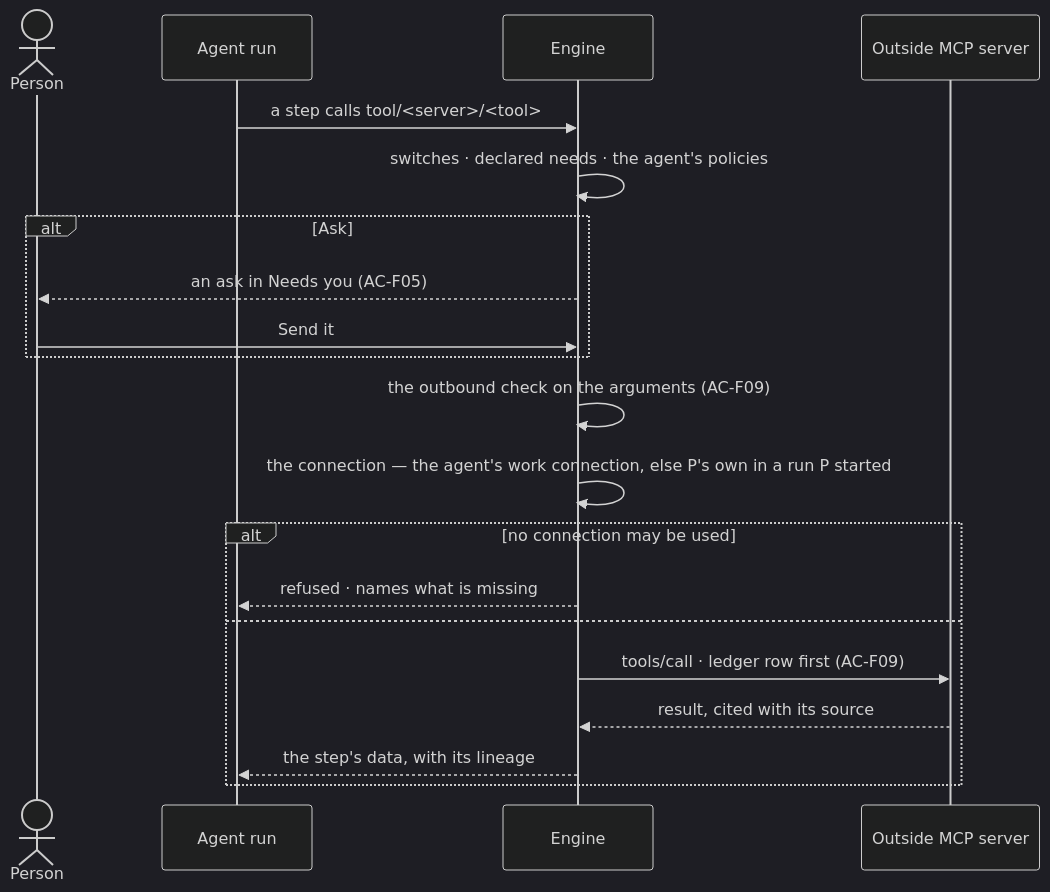
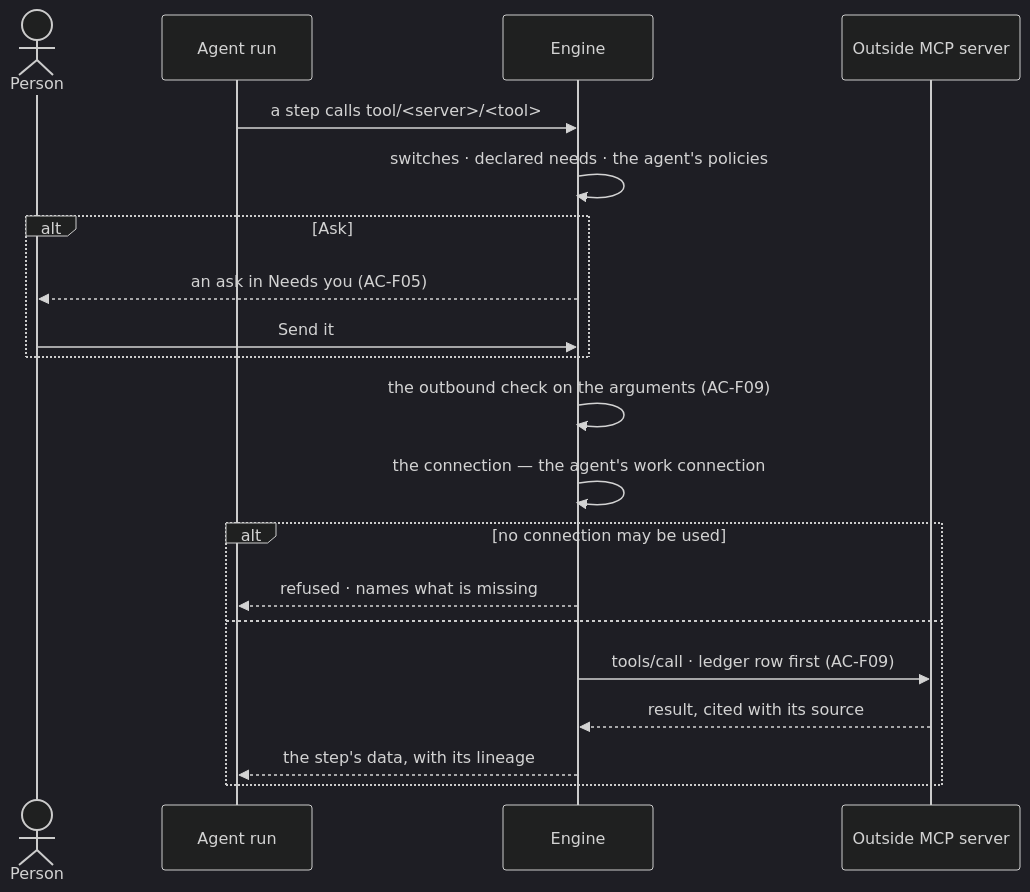
Before and after one commit to invana/invana: the second of 2 diagrams in specs/os/control/features/CP-F02-plugins-and-outside-tools/feature.md, drawn with Mermaid (dark theme). The commit also changed other lines of this file and 5 other files, not shown here.

````diff
--- a/specs/os/control/features/CP-F02-plugins-and-outside-tools/feature.md
+++ b/specs/os/control/features/CP-F02-plugins-and-outside-tools/feature.md
@@ -79,22 +79,22 @@
 ```mermaid
 sequenceDiagram
   actor P as Person
   participant A as Agent run
   participant E as Engine
   participant O as Outside MCP server
   A->>E: a step calls tool/<server>/<tool>
   E->>E: switches · declared needs · the agent's policies
   alt Ask
     E-->>P: an ask in Needs you (AC-F05)
     P->>E: Send it
   end
   E->>E: the outbound check on the arguments (AC-F09)
-  E->>E: the connection — the agent's work connection, else P's own in a run P started
+  E->>E: the connection — the agent's work connection
   alt no connection may be used
     E-->>A: refused · names what is missing
   else
     E->>O: tools/call · ledger row first (AC-F09)
     O-->>E: result, cited with its source
     E-->>A: the step's data, with its lineage
   end
 ```
````
